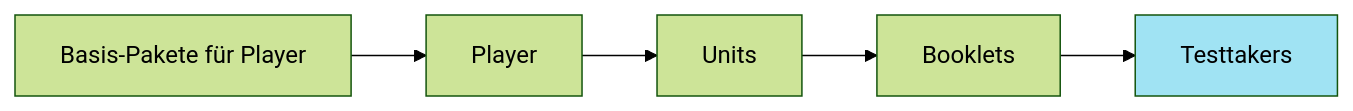
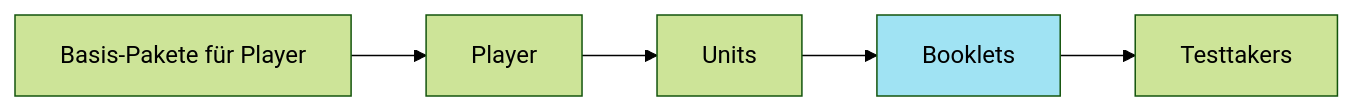
The diagram in Testcenter/Testinhalte/Booklet-XML/index.qmd (iqb-berlin/tba-info), drawn with Mermaid (forest theme) before and after one commit. The commit also changed other lines of this file and 2 other files, not shown here.

````diff
--- a/Testcenter/Testinhalte/Booklet-XML/index.qmd
+++ b/Testcenter/Testinhalte/Booklet-XML/index.qmd
@@ -6,8 +12,8 @@
 ```{mermaid}
 flowchart LR
   A[Basis-Pakete für Player] --> B[Player]
   B --> C[Units]
   C --> D[Booklets]
   D --> E[Testtakers]
-  style E fill:#a0e3f3
+  style D fill:#a0e3f3
 ```
````
